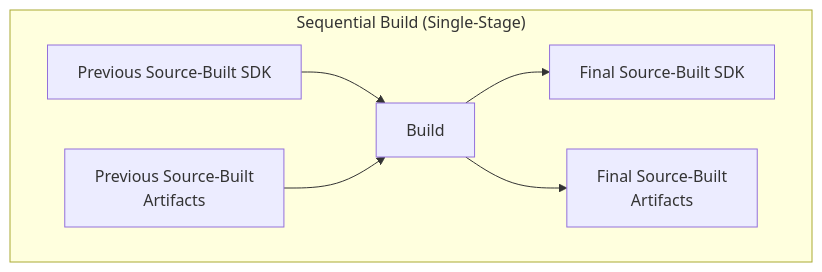
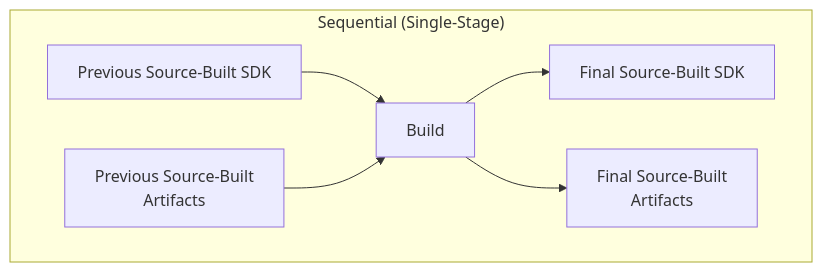
Before and after one commit to dotnet/source-build: the third of 11 diagrams in Documentation/feature-band-source-building.md, drawn with Mermaid.

Commit message:
Update chart label

````diff
--- a/Documentation/feature-band-source-building.md
+++ b/Documentation/feature-band-source-building.md
@@ -146,9 +146,9 @@
 ```mermaid
 flowchart TD
-    subgraph Sequential["Sequential Build (Single-Stage)"]
+    subgraph Sequential["Sequential (Single-Stage)"]
         Prev_SDK[Previous Source-Built SDK] --> Build
         Prev_Artifacts[Previous Source-Built<br/>Artifacts] --> Build
         Build --> Final1[Final Source-Built SDK]
         Build --> Final2[Final Source-Built<br/>Artifacts]
     end
 ```
````
